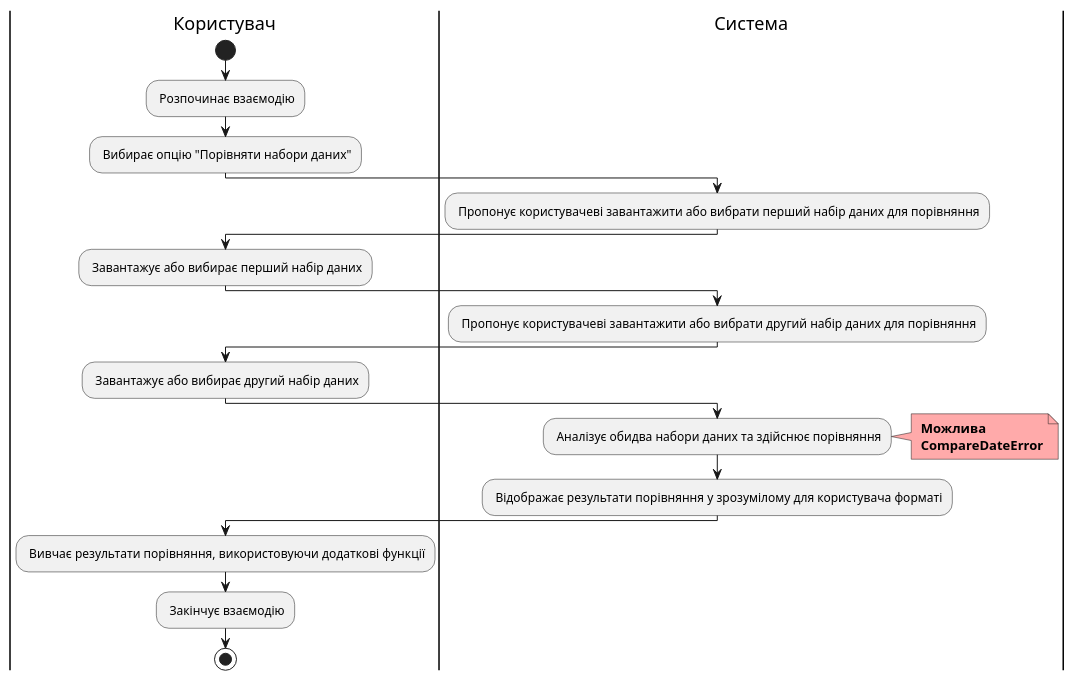
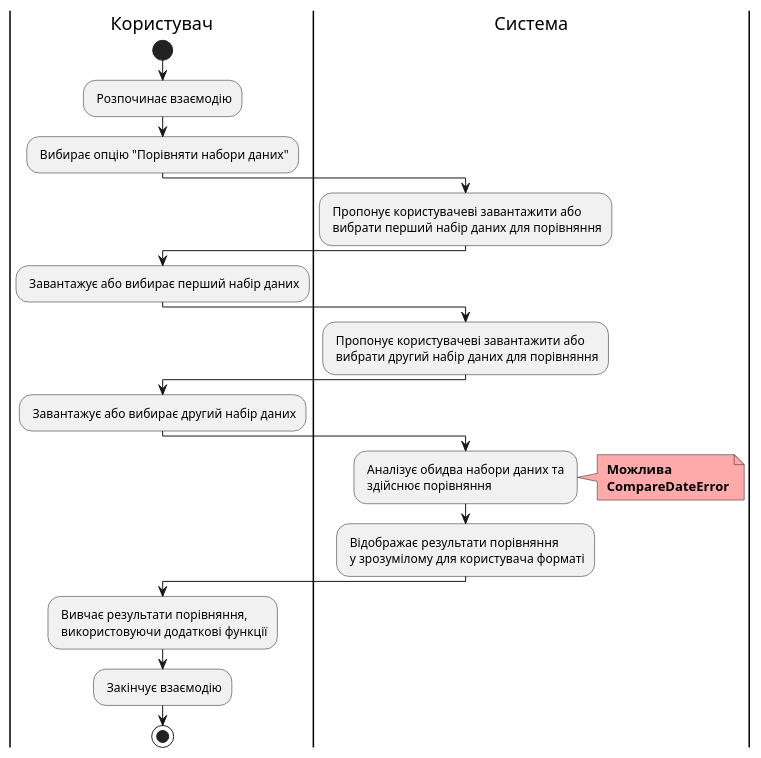
Diagram 12 of 23 in docs/use cases/README.md (edu-db/edu_db_labs), drawn with PlantUML before and after one commit. The commit also changed other lines of this file and 1 other file, not shown here.

Commit message:
fix: Logout usage scenario

```diff
--- a/docs/use cases/README.md
+++ b/docs/use cases/README.md
@@ -442,38 +445,38 @@
 @startuml
 
     |Користувач|
     start;
     : Розпочинає взаємодію;
 
     |Користувач|
     : Вибирає опцію "Порівняти набори даних";
 
     |Система|
-    : Пропонує користувачеві завантажити або вибрати перший набір даних для порівняння;
+    : Пропонує користувачеві завантажити або \n вибрати перший набір даних для порівняння;
 
     |Користувач|
     : Завантажує або вибирає перший набір даних;
 
     |Система|
-    : Пропонує користувачеві завантажити або вибрати другий набір даних для порівняння;
+    : Пропонує користувачеві завантажити або \n вибрати другий набір даних для порівняння;
 
     |Користувач|
     : Завантажує або вибирає другий набір даних;
 
     |Система|
-    : Аналізує обидва набори даних та здійснює порівняння;
+    : Аналізує обидва набори даних та \n здійснює порівняння;
     note right #ffaaaa
     <b> Можлива
     <b> CompareDateError
     end note
 
-    : Відображає результати порівняння у зрозумілому для користувача форматі;
+    : Відображає результати порівняння \n у зрозумілому для користувача форматі;
 
     |Користувач|
-    : Вивчає результати порівняння, використовуючи додаткові функції;
+    : Вивчає результати порівняння, \n використовуючи додаткові функції;
 
     |Користувач|
     : Закінчує взаємодію;
     stop;
 
 @enduml
```
